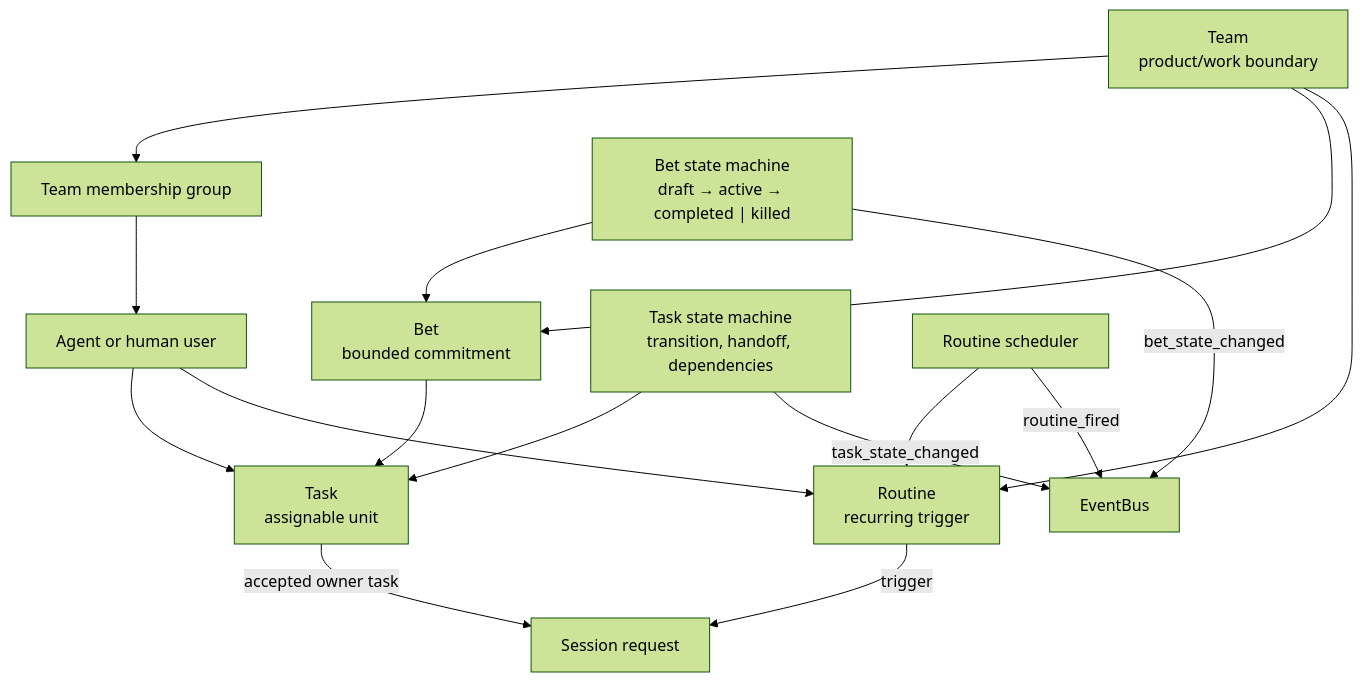
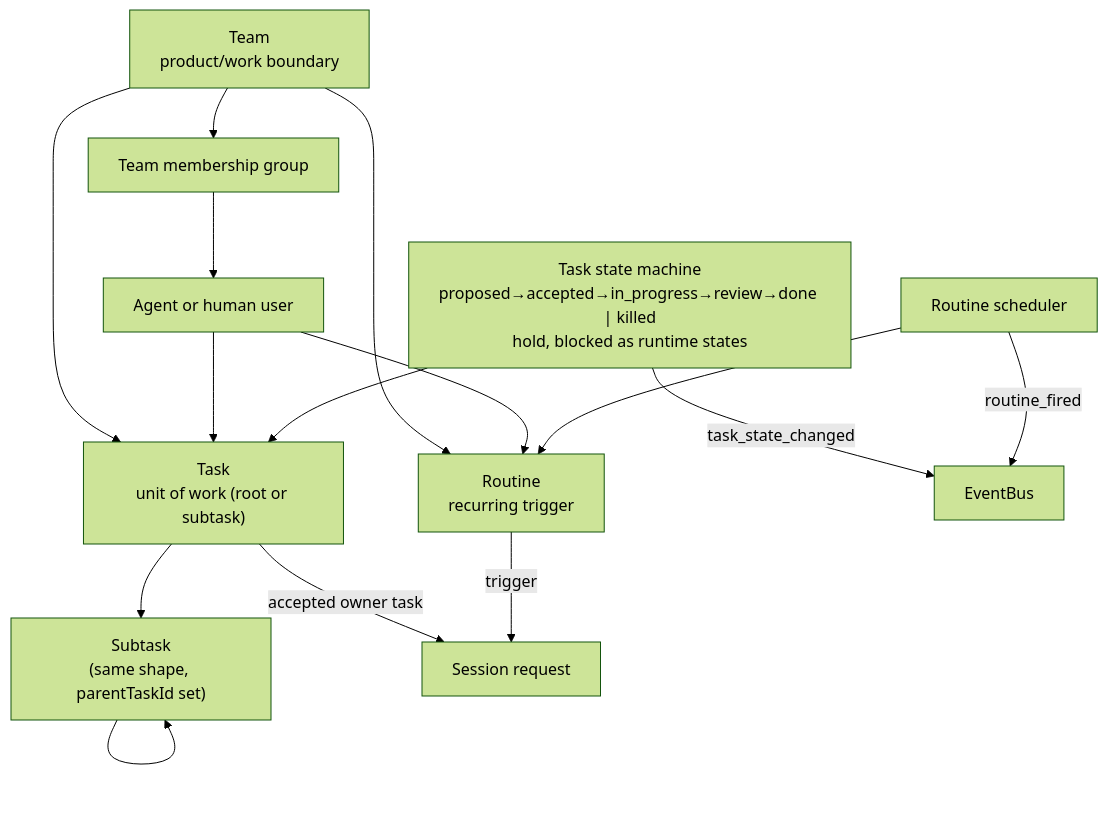
One commit to idle-builders/hyperidle changed the fourth of 12 diagrams in docs/architecture/as-implemented-domain-architecture.md. Above: the diagram before and after it, drawn with Mermaid (forest theme). The commit also changed other lines of this file and 542 other files, not shown here.

````diff
--- a/docs/architecture/as-implemented-domain-architecture.md
+++ b/docs/architecture/as-implemented-domain-architecture.md
@@ -131,28 +130,27 @@
 ```mermaid
 flowchart TB
   Team["Team\nproduct/work boundary"]
   MemberGroup["Team membership group"]
   Agent["Agent or human user"]
-  Bet["Bet\nbounded commitment"]
-  Task["Task\nassignable unit"]
+  Task["Task\nunit of work (root or subtask)"]
+  Subtask["Subtask\n(same shape, parentTaskId set)"]
   Routine["Routine\nrecurring trigger"]
 
   Team --> MemberGroup
   MemberGroup --> Agent
-  Team --> Bet
-  Bet --> Task
+  Team --> Task
+  Task --> Subtask
+  Subtask --> Subtask
   Team --> Routine
   Agent --> Task
   Agent --> Routine
 
-  BetState["Bet state machine\ndraft → active → completed | killed"] --> Bet
-  TaskState["Task state machine\ntransition, handoff, dependencies"] --> Task
+  TaskState["Task state machine\nproposed→accepted→in_progress→review→done | killed\nhold, blocked as runtime states"] --> Task
   RoutineScheduler["Routine scheduler"] --> Routine
 
-  BetState -- "bet_state_changed" --> Events["EventBus"]
-  TaskState -- "task_state_changed" --> Events
+  TaskState -- "task_state_changed" --> Events["EventBus"]
   RoutineScheduler -- "routine_fired" --> Events
 
   Task -- "accepted owner task" --> SessionRequest["Session request"]
   Routine -- "trigger" --> SessionRequest
 ```
````
